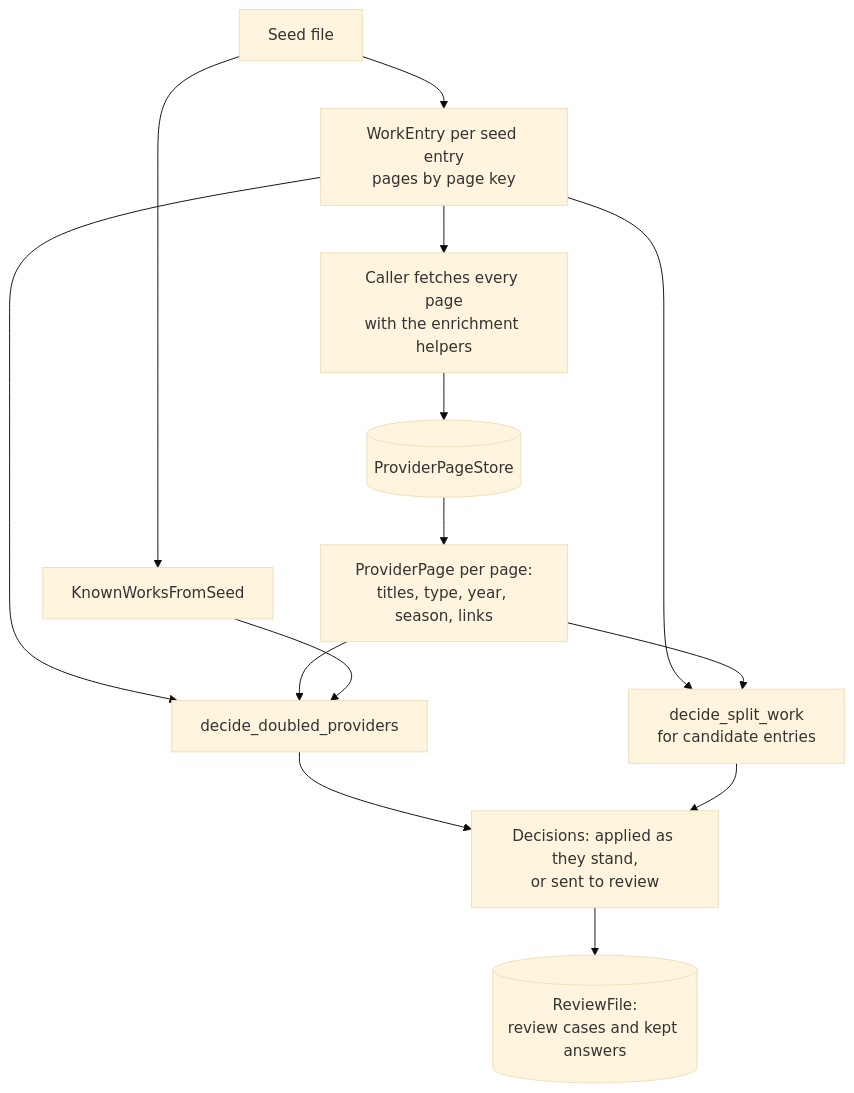
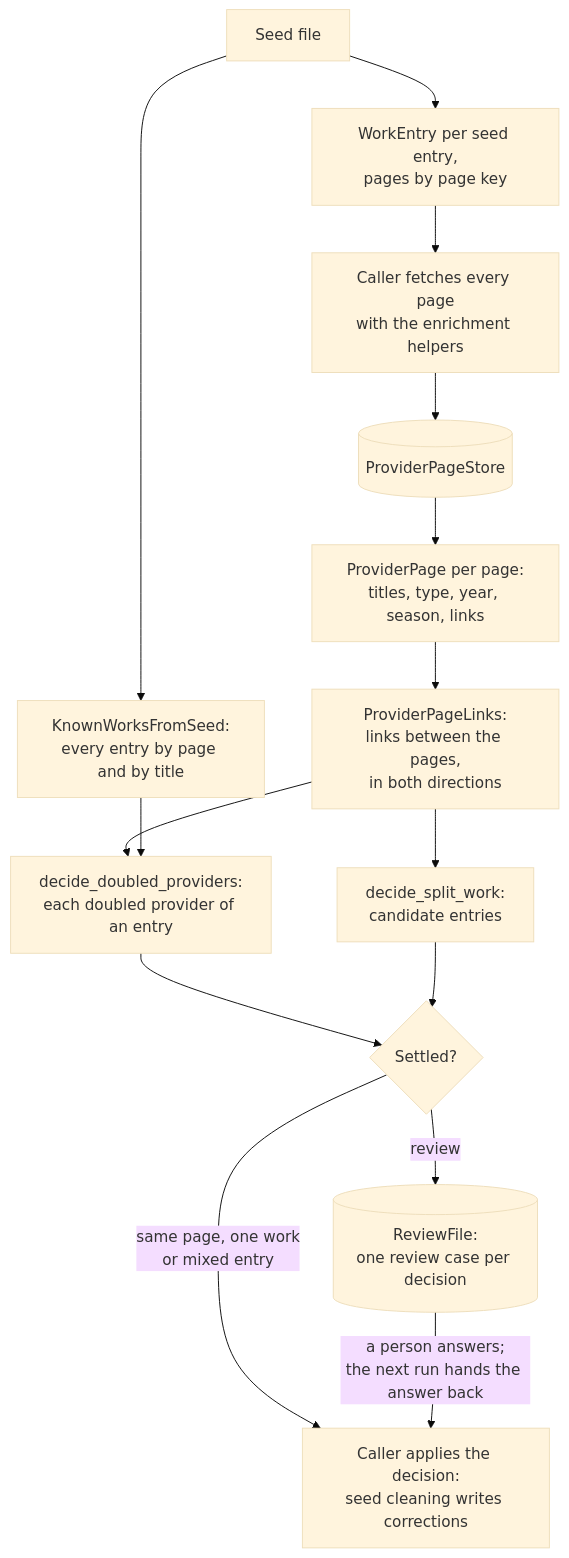
Before and after one commit to adnanaq/echora: the first of 2 diagrams in libs/work_matching/README.md, drawn with Mermaid (base theme). The commit also changed other lines of this file and 2 other files, not shown here.

First line of the commit message:
docs(ECHO-62): explain the reasons and the review flow in plain words

````diff
--- a/libs/work_matching/README.md
+++ b/libs/work_matching/README.md
@@ -51,16 +51,17 @@
 ```mermaid
 flowchart TD
-    seed[Seed file] --> entries[WorkEntry per seed entry<br/>pages by page key]
-    seed --> known[KnownWorksFromSeed]
+    seed[Seed file] --> entries[WorkEntry per seed entry,<br/>pages by page key]
+    seed --> known[KnownWorksFromSeed:<br/>every entry by page and by title]
     entries --> fetch[Caller fetches every page<br/>with the enrichment helpers]
     fetch --> store[(ProviderPageStore)]
     store --> pages[ProviderPage per page:<br/>titles, type, year, season, links]
-    entries --> doubled[decide_doubled_providers]
-    pages --> doubled
+    pages --> links[ProviderPageLinks:<br/>links between the pages,<br/>in both directions]
+    links --> doubled[decide_doubled_providers:<br/>each doubled provider of an entry]
+    links --> split[decide_split_work:<br/>candidate entries]
     known --> doubled
-    entries --> split[decide_split_work<br/>for candidate entries]
-    pages --> split
-    doubled --> decisions[Decisions: applied as they stand,<br/>or sent to review]
-    decisions --> review[(ReviewFile:<br/>review cases and kept answers)]
-    split --> decisions
+    doubled --> outcome{Settled?}
+    split --> outcome
+    outcome -- "same page, one work<br/>or mixed entry" --> caller[Caller applies the decision:<br/>seed cleaning writes corrections]
+    outcome -- review --> review[(ReviewFile:<br/>one review case per decision)]
+    review -- "a person answers;<br/>the next run hands the answer back" --> caller
 ```
````
